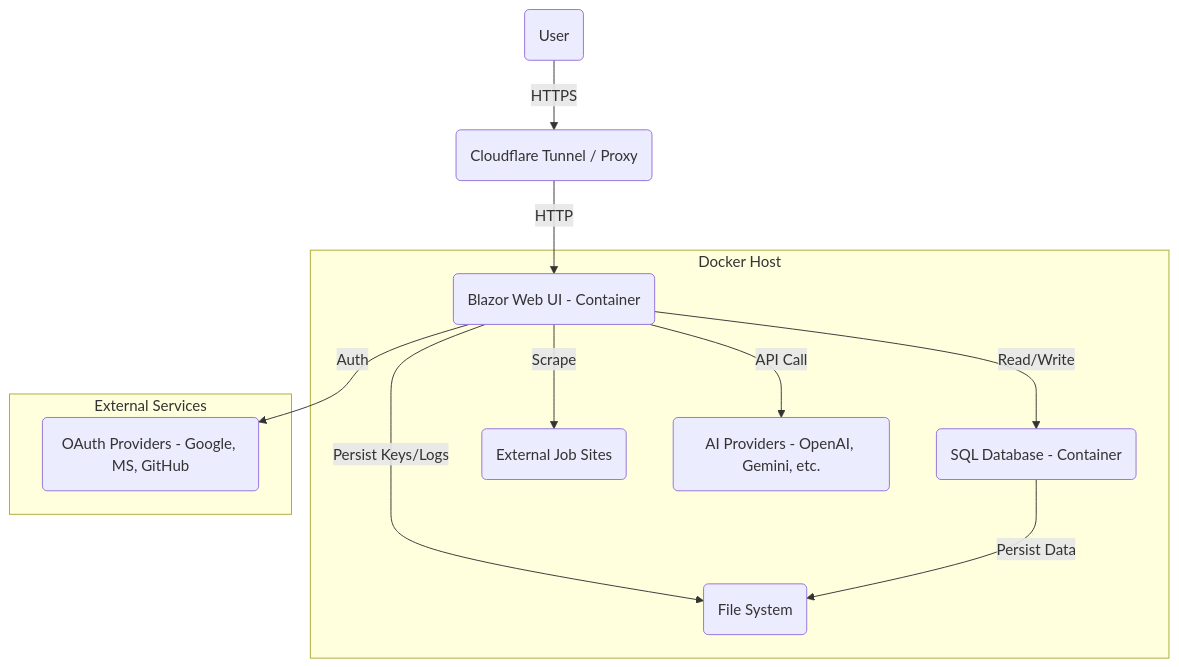
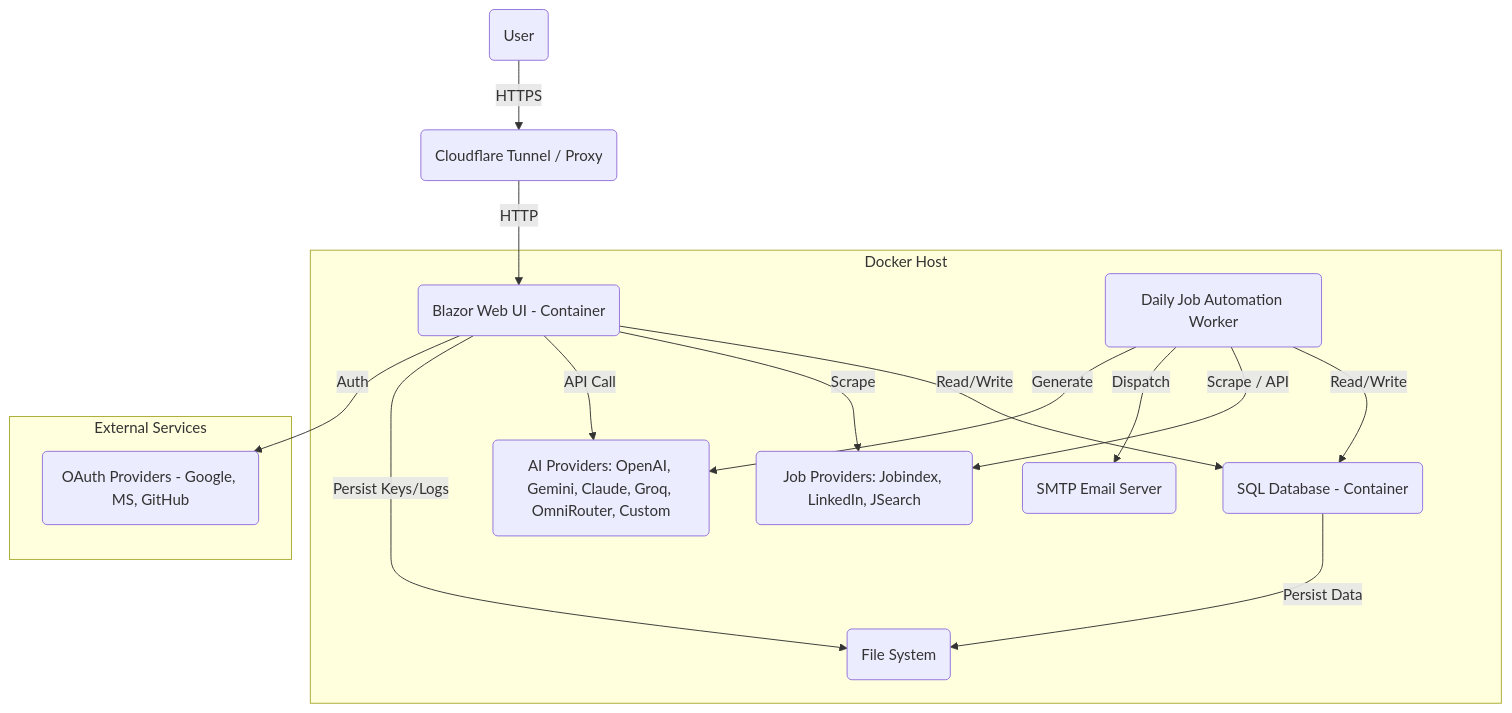
One commit to FitimZulfiju/Ai-CV-application-generator changed the diagram in docs/architecture.md. Above: the diagram before and after it, drawn with Mermaid. The commit also changed other lines of this file and 2 other files, not shown here.

Commit message:
docs: update overview, architecture, and readme for job search automation and providers

````diff
--- a/docs/architecture.md
+++ b/docs/architecture.md
@@ -91,22 +108,27 @@
 ```mermaid
 graph TD
     User(User) -->|HTTPS| Cloudflare(Cloudflare Tunnel / Proxy)
     Cloudflare -->|HTTP| WebUI(Blazor Web UI - Container)
 
     subgraph "Docker Host"
         WebUI -->|Read/Write| SQL(SQL Database - Container)
-        WebUI -->|Scrape| JobSites(External Job Sites)
-        WebUI -->|API Call| AI(AI Providers - OpenAI, Gemini, etc.)
+        Worker(Daily Job Automation Worker) -->|Read/Write| SQL
+        Worker -->|Scrape / API| JobSites(Job Providers: Jobindex, LinkedIn, JSearch)
+        Worker -->|Dispatch| SMTP(SMTP Email Server)
+        WebUI -->|Scrape| JobSites
+        WebUI -->|API Call| AI(AI Providers: OpenAI, Gemini, Claude, Groq, OmniRouter, Custom)
+        Worker -->|Generate| AI
 
         FileSys(File System)
         WebUI -->|Persist Keys/Logs| FileSys
         SQL -->|Persist Data| FileSys
     end
 
     subgraph "External Services"
         AI
         JobSites
+        SMTP
         OAuth(OAuth Providers - Google, MS, GitHub)
         WebUI -->|Auth| OAuth
     end
 ```
````
